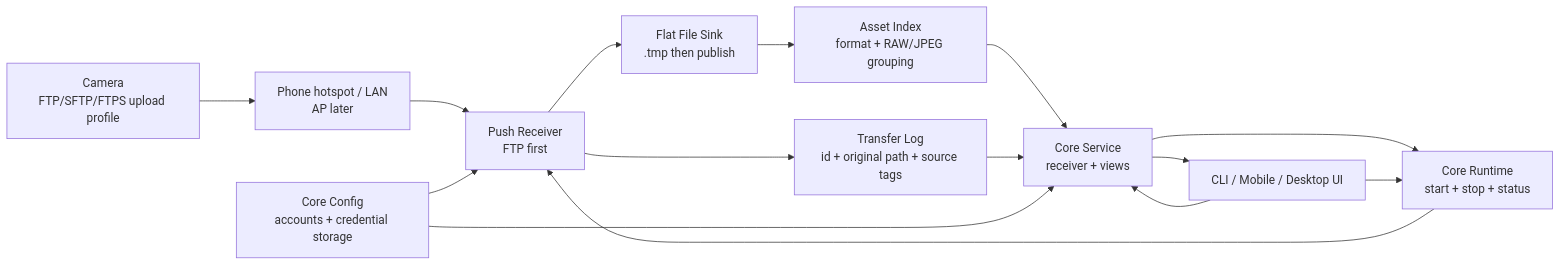
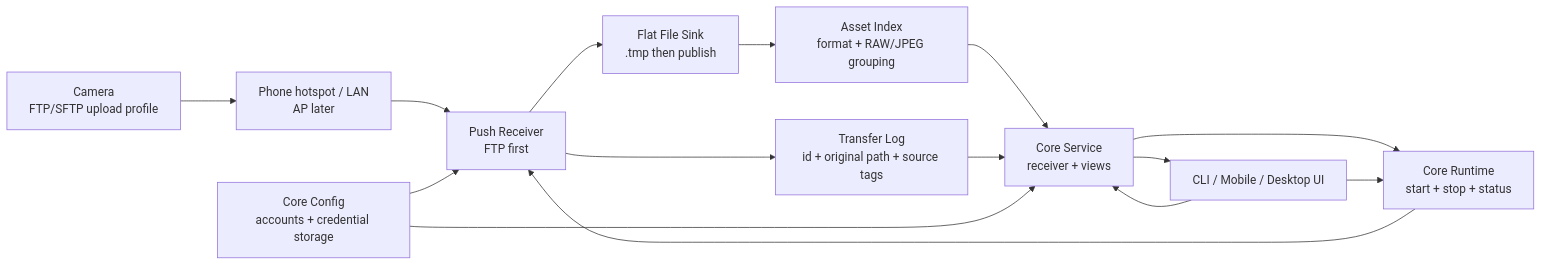
Before and after one commit to CrazyNB/camera_connector: the diagram in docs/product/PRD.md, drawn with Mermaid. The commit also changed other lines of this file and 9 other files, not shown here.

````diff
--- a/docs/product/PRD.md
+++ b/docs/product/PRD.md
@@ -131,21 +128,21 @@
 ```mermaid
 flowchart LR
-  Camera["Camera\nFTP/SFTP/FTPS upload profile"]
+  Camera["Camera\nFTP/SFTP upload profile"]
   Network["Phone hotspot / LAN\nAP later"]
   Receiver["Push Receiver\nFTP first"]
   Sink["Flat File Sink\n.tmp then publish"]
   Log["Transfer Log\nid + original path + source tags"]
   Index["Asset Index\nformat + RAW/JPEG grouping"]
   CoreConfig["Core Config\naccounts + credential storage"]
   Service["Core Service\nreceiver + views"]
   Runtime["Core Runtime\nstart + stop + status"]
   UI["CLI / Mobile / Desktop UI"]
 
   Camera --> Network --> Receiver --> Sink --> Index --> Service --> UI
   Receiver --> Log --> Service
   CoreConfig --> Receiver
   CoreConfig --> Service
   Service --> Runtime --> Receiver
   UI --> Service
   UI --> Runtime
 ```
````
